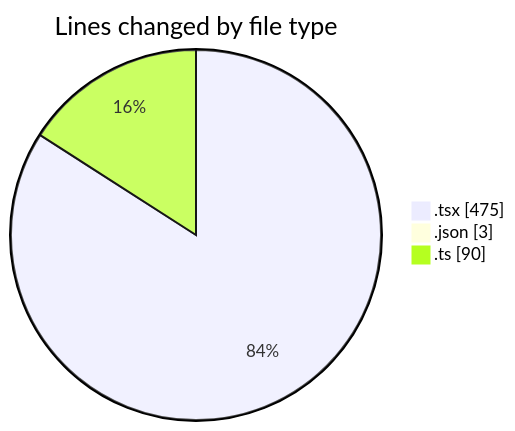
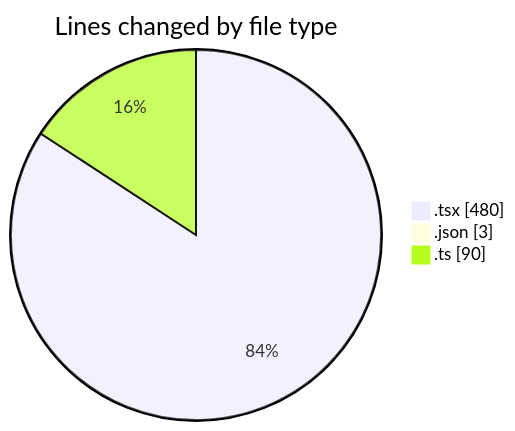
One commit to robertbonfada/code-tracking changed the first of 2 diagrams in 2025-01-21/mbc-web/README.md. Above: the diagram before and after it, drawn with Mermaid. The commit also changed other lines of this file and 1 other file, not shown here.

````diff
--- a/2025-01-21/mbc-web/README.md
+++ b/2025-01-21/mbc-web/README.md
@@ -35,7 +35,7 @@
 ```mermaid
 pie showData
 title Lines changed by file type
-".tsx" : 475
+".tsx" : 480
 ".json" : 3
 ".ts" : 90
 ```
````
